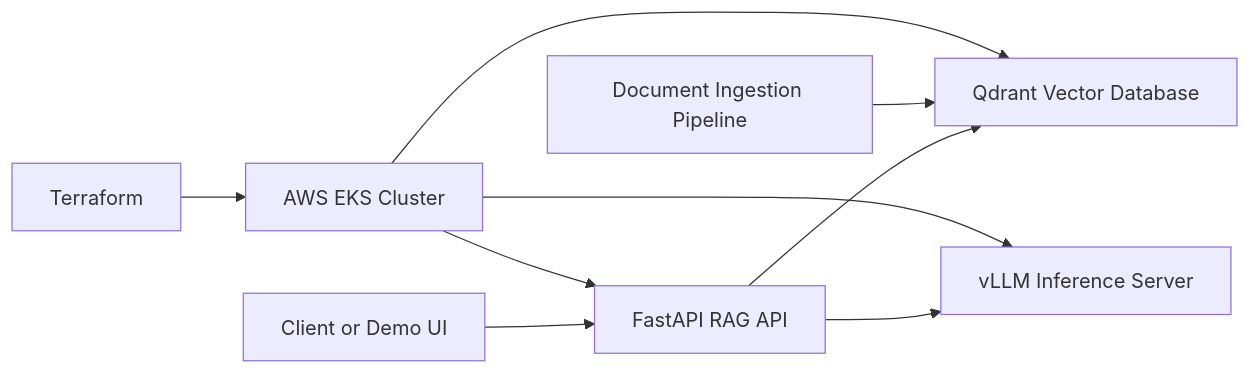
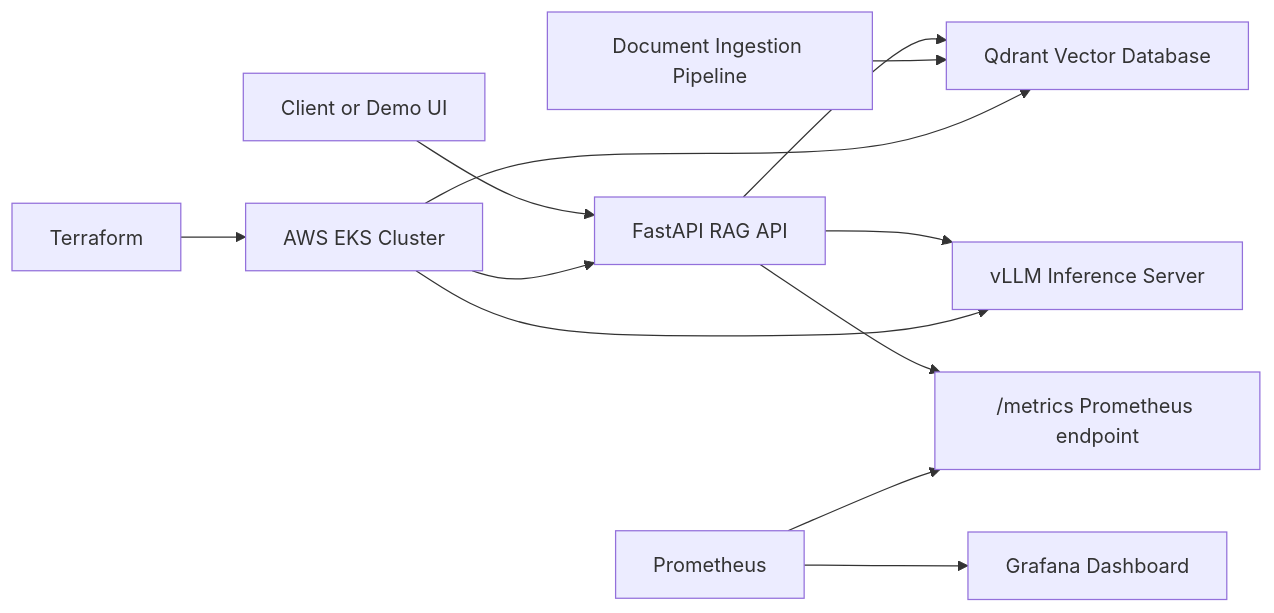
Before and after one commit to SecureCloudOps/llm-rag-infra-platform: the diagram in docs/architecture.md, drawn with Mermaid. The commit also changed other lines of this file and 32 other files, not shown here.

````diff
--- a/docs/architecture.md
+++ b/docs/architecture.md
@@ -11,11 +11,14 @@
 ```mermaid
 flowchart LR
     Client["Client or Demo UI"] --> API["FastAPI RAG API"]
     API --> Qdrant["Qdrant Vector Database"]
     API --> VLLM["vLLM Inference Server"]
+    API --> Metrics["/metrics Prometheus endpoint"]
+    Prometheus["Prometheus"] --> Metrics
+    Prometheus --> Grafana["Grafana Dashboard"]
     Ingestion["Document Ingestion Pipeline"] --> Qdrant
     Terraform["Terraform"] --> EKS["AWS EKS Cluster"]
     EKS --> API
     EKS --> Qdrant
     EKS --> VLLM
 ```
````
